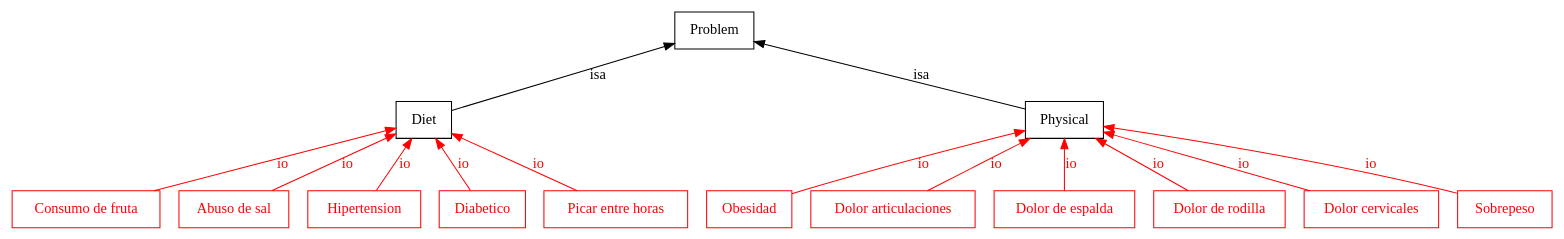
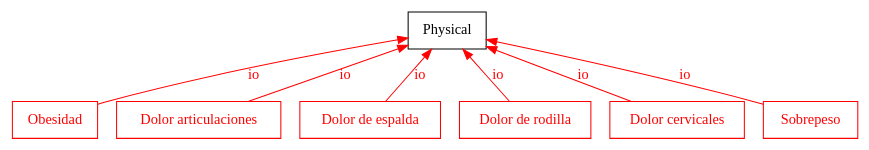
Before and after one commit to andugu/IA: the diagram in practica_02/ont/ontologia.dot, drawn with Graphviz. The commit also changed 4 other files, not shown here.

```diff
--- a/practica_02/ont/ontologia.dot
+++ b/practica_02/ont/ontologia.dot
@@ -1,180 +1,89 @@
 digraph ontologia {
-	graph [bb="0,0,1234.5,210"];
+	graph [bb="0,0,677.5,123"];
 	node [label="\N"];
-	ontologia_Class8	[color="0.0,1.0,1.0",
+	ontologia_Class20	[color="0.0,1.0,1.0",
 		fontcolor="0.0,1.0,1.0",
 		height=0.5,
-		label="Consumo de fruta",
-		pos="57,18",
+		label=Obesidad,
+		pos="34,18",
 		shape=box,
-		width=1.5833];
-	Diet	[color="0.0,0.0,0.0",
-		fontcolor="0.0,0.0,0.0",
-		height=0.5,
-		label=Diet,
-		pos="329,105",
-		shape=box,
-		width=0.75];
-	Diet -> ontologia_Class8	[color="0.0,1.0,1.0",
-		dir=back,
-		fontcolor="0.0,1.0,1.0",
-		label=io,
-		lp="215.5,61.5",
-		pos="s,301.93,95.539 292.26,92.519 245.76,77.987 165.25,52.829 111.56,36.049"];
-	ontologia_Class9	[color="0.0,1.0,1.0",
-		fontcolor="0.0,1.0,1.0",
-		height=0.5,
-		label="Abuso de sal",
-		pos="176,18",
-		shape=box,
-		width=1.2083];
-	Diet -> ontologia_Class9	[color="0.0,1.0,1.0",
-		dir=back,
-		fontcolor="0.0,1.0,1.0",
-		label=io,
-		lp="267.5,61.5",
-		pos="s,302,88.999 293.12,84.066 266.86,69.481 231.62,49.9 206.67,36.041"];
-	ontologia_Class10000	[color="0.0,1.0,1.0",
-		fontcolor="0.0,1.0,1.0",
-		height=0.5,
-		label=Hipertension,
-		pos="281,18",
-		shape=box,
-		width=1.1944];
-	Diet -> ontologia_Class10000	[color="0.0,1.0,1.0",
-		dir=back,
-		fontcolor="0.0,1.0,1.0",
-		label=io,
-		lp="313.5,61.5",
-		pos="s,319.29,86.799 314.27,77.914 306.61,64.35 297.46,48.151 290.7,36.175"];
-	ontologia_Class11	[color="0.0,1.0,1.0",
-		fontcolor="0.0,1.0,1.0",
-		height=0.5,
-		label=Diabetico,
-		pos="377,18",
-		shape=box,
-		width=0.95833];
-	Diet -> ontologia_Class11	[color="0.0,1.0,1.0",
-		dir=back,
-		fontcolor="0.0,1.0,1.0",
-		label=io,
-		lp="361.5,61.5",
-		pos="s,338.71,86.799 343.73,77.914 351.39,64.35 360.54,48.151 367.3,36.175"];
-	ontologia_Class10	[color="0.0,1.0,1.0",
-		fontcolor="0.0,1.0,1.0",
-		height=0.5,
-		label="Picar entre horas",
-		pos="484,18",
-		shape=box,
-		width=1.5139];
-	Diet -> ontologia_Class10	[color="0.0,1.0,1.0",
-		dir=back,
-		fontcolor="0.0,1.0,1.0",
-		label=io,
-		lp="421.5,61.5",
-		pos="s,356.35,88.999 365.35,84.066 391.95,69.481 427.65,49.9 452.93,36.041"];
+		width=0.94444];
 	Physical	[color="0.0,0.0,0.0",
 		fontcolor="0.0,0.0,0.0",
 		height=0.5,
 		label=Physical,
-		pos="843,105",
+		pos="348,105",
 		shape=box,
 		width=0.875];
-	ontologia_Class20	[color="0.0,1.0,1.0",
-		fontcolor="0.0,1.0,1.0",
-		height=0.5,
-		label=Obesidad,
-		pos="591,18",
-		shape=box,
-		width=0.94444];
 	Physical -> ontologia_Class20	[color="0.0,1.0,1.0",
 		dir=back,
 		fontcolor="0.0,1.0,1.0",
 		label=io,
-		lp="736.5,61.5",
-		pos="s,811.28,94.351 801.6,91.361 759.25,78.237 691.67,56.758 634,36 631.13,34.967 628.16,33.866 625.19,32.74"];
+		lp="193.5,61.5",
+		pos="s,316.33,97.462 306.51,95.359 252.93,83.798 157.04,61.742 77,36 74.096,35.066 71.107,34.035 68.121,32.956"];
 	ontologia_Class13	[color="0.0,1.0,1.0",
 		fontcolor="0.0,1.0,1.0",
 		height=0.5,
 		label="Dolor articulaciones",
-		pos="707,18",
+		pos="150,18",
 		shape=box,
 		width=1.7639];
 	Physical -> ontologia_Class13	[color="0.0,1.0,1.0",
 		dir=back,
 		fontcolor="0.0,1.0,1.0",
 		label=io,
-		lp="789.5,61.5",
-		pos="s,815.48,86.799 806.79,81.372 784.1,67.186 755.3,49.188 734.48,36.175"];
+		lp="266.5,61.5",
+		pos="s,316.19,90.343 306.91,86.361 272.59,71.625 223.94,50.741 189.94,36.145"];
 	ontologia_Class12	[color="0.0,1.0,1.0",
 		fontcolor="0.0,1.0,1.0",
 		height=0.5,
 		label="Dolor de espalda",
-		pos="843,18",
+		pos="286,18",
 		shape=box,
 		width=1.5];
 	Physical -> ontologia_Class12	[color="0.0,1.0,1.0",
 		dir=back,
 		fontcolor="0.0,1.0,1.0",
 		label=io,
-		lp="848.5,61.5",
-		pos="s,843,86.799 843,76.734 843,63.419 843,47.806 843,36.175"];
+		lp="326.5,61.5",
+		pos="s,335.45,86.799 329.54,78.694 319.53,64.975 307.43,48.382 298.53,36.175"];
 	ontologia_Class10002	[color="0.0,1.0,1.0",
 		fontcolor="0.0,1.0,1.0",
 		height=0.5,
 		label="Dolor de rodilla",
-		pos="967,18",
+		pos="410,18",
 		shape=box,
 		width=1.4444];
 	Physical -> ontologia_Class10002	[color="0.0,1.0,1.0",
 		dir=back,
 		fontcolor="0.0,1.0,1.0",
 		label=io,
-		lp="918.5,61.5",
-		pos="s,868.09,86.799 876.56,80.994 897.17,66.868 923.13,49.073 941.94,36.175"];
+		lp="388.5,61.5",
+		pos="s,360.55,86.799 366.46,78.694 376.47,64.975 388.57,48.382 397.47,36.175"];
 	ontologia_Class14	[color="0.0,1.0,1.0",
 		fontcolor="0.0,1.0,1.0",
 		height=0.5,
 		label="Dolor cervicales",
-		pos="1090,18",
+		pos="533,18",
 		shape=box,
 		width=1.4722];
 	Physical -> ontologia_Class14	[color="0.0,1.0,1.0",
 		dir=back,
 		fontcolor="0.0,1.0,1.0",
 		label=io,
-		lp="987.5,61.5",
-		pos="s,874.53,93.148 884.1,89.856 927.04,75.08 994.41,51.895 1040.3,36.101"];
+		lp="457.5,61.5",
+		pos="s,379.8,89.388 388.89,85.212 420.86,70.523 464.93,50.276 495.89,36.051"];
 	ontologia_Class19	[color="0.0,1.0,1.0",
 		fontcolor="0.0,1.0,1.0",
 		height=0.5,
 		label=Sobrepeso,
-		pos="1198,18",
+		pos="641,18",
 		shape=box,
 		width=1.0139];
 	Physical -> ontologia_Class19	[color="0.0,1.0,1.0",
 		dir=back,
 		fontcolor="0.0,1.0,1.0",
 		label=io,
-		lp="1091.5,61.5",
-		pos="s,874.95,98.469 885.15,96.627 945.06,85.718 1058,63.564 1152,36 1155.1,35.089 1158.3,34.075 1161.5,33.007"];
-	Problem	[color="0.0,0.0,0.0",
-		fontcolor="0.0,0.0,0.0",
-		height=0.5,
-		label=Problem,
-		pos="561,192",
-		shape=box,
-		width=0.88889];
-	Problem -> Diet	[color="0.0,0.0,0.0",
-		dir=back,
-		fontcolor="0.0,0.0,0.0",
-		label=isa,
-		lp="467,148.5",
-		pos="s,528.74,179.18 519.12,175.65 471.89,158.35 396.47,130.72 356.29,116"];
-	Problem -> Physical	[color="0.0,0.0,0.0",
-		dir=back,
-		fontcolor="0.0,0.0,0.0",
-		label=isa,
-		lp="727,148.5",
-		pos="s,593.07,181.33 602.83,178.39 659.76,161.23 760.34,130.91 811.39,115.53"];
+		lp="540.5,61.5",
+		pos="s,379.84,96.162 389.83,93.647 439.21,81.156 523.65,58.959 595,36 598.08,35.009 601.26,33.938 604.44,32.831"];
 }
```
